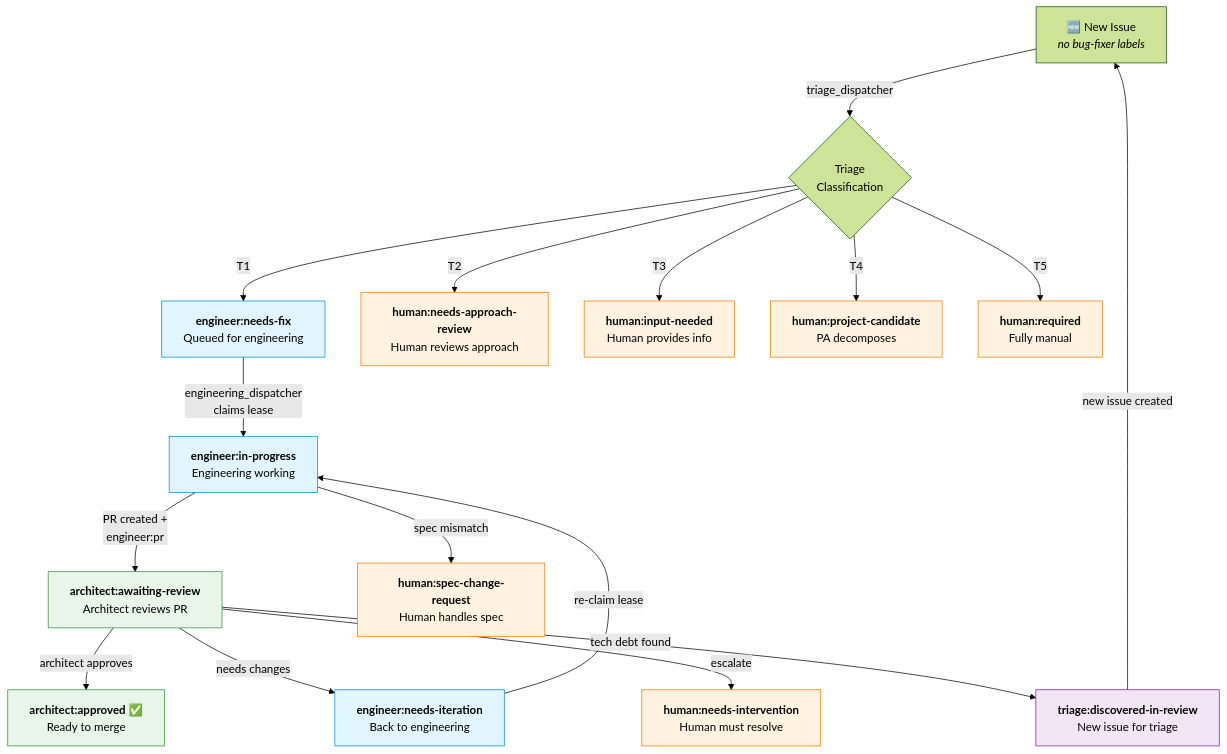
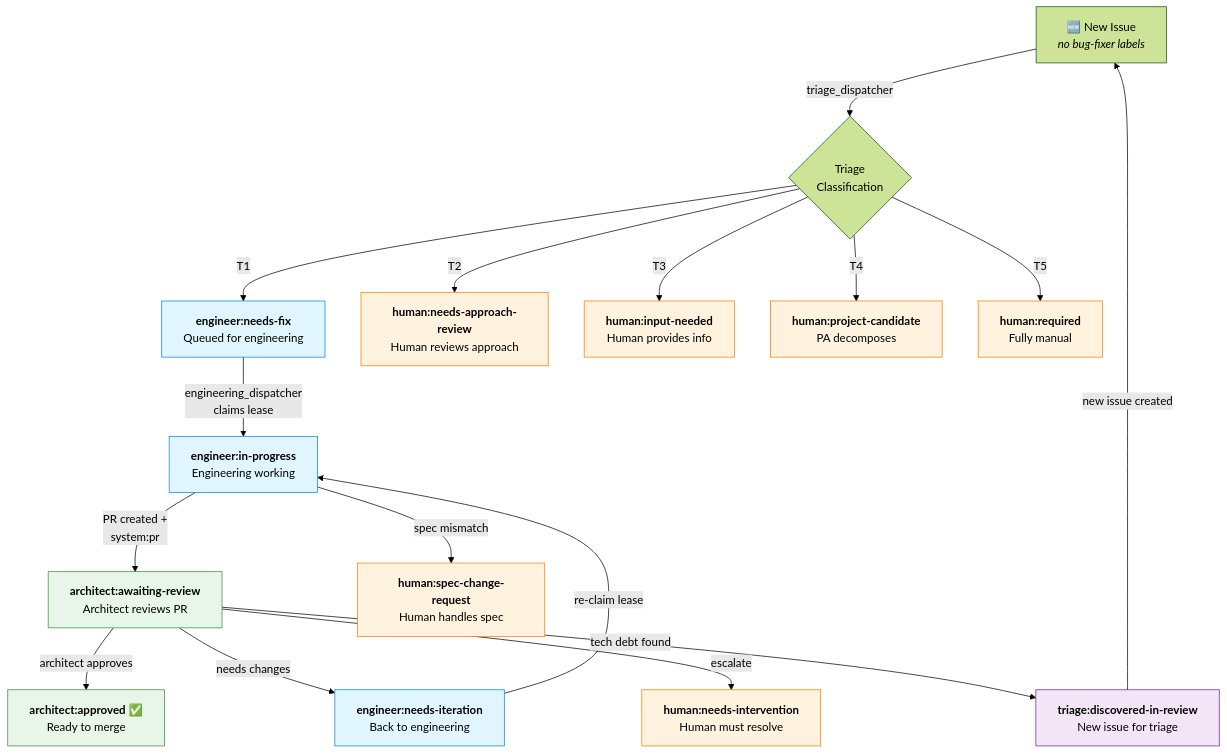
The third of 3 diagrams in docs/label-taxonomy.md (matthewmcneill/bug-fixer-loop-plugin), drawn with Mermaid (forest theme) before and after one commit. The commit also changed other lines of this file and 15 other files, not shown here.

Commit message:
[BugFixer] Fix #20: Rename engineer:pr to system:pr and add architect:awaiting-review lifecycle

````diff
--- a/docs/label-taxonomy.md
+++ b/docs/label-taxonomy.md
@@ -161,38 +161,38 @@
 ```mermaid
 flowchart TD
     NEW["🆕 New Issue<br/><i>no bug-fixer labels</i>"] -->|triage_dispatcher| CLASSIFY{"Triage<br/>Classification"}
 
     CLASSIFY -->|T1| ENQ["<b>engineer:needs-fix</b><br/>Queued for engineering"]
     CLASSIFY -->|T2| HAR["<b>human:needs-approach-review</b><br/>Human reviews approach"]
     CLASSIFY -->|T3| HIN["<b>human:input-needed</b><br/>Human provides info"]
     CLASSIFY -->|T4| HPC["<b>human:project-candidate</b><br/>PA decomposes"]
     CLASSIFY -->|T5| HRQ["<b>human:required</b><br/>Fully manual"]
 
     ENQ -->|"engineering_dispatcher<br/>claims lease"| EIP["<b>engineer:in-progress</b><br/>Engineering working"]
 
-    EIP -->|"PR created +<br/>engineer:pr"| AAR["<b>architect:awaiting-review</b><br/>Architect reviews PR"]
+    EIP -->|"PR created +<br/>system:pr"| AAR["<b>architect:awaiting-review</b><br/>Architect reviews PR"]
 
     EIP -->|"spec mismatch"| HSC["<b>human:spec-change-request</b><br/>Human handles spec"]
 
     AAR -->|architect approves| AAP["<b>architect:approved</b> ✅<br/>Ready to merge"]
     AAR -->|needs changes| ENI["<b>engineer:needs-iteration</b><br/>Back to engineering"]
     AAR -->|escalate| HNI["<b>human:needs-intervention</b><br/>Human must resolve"]
     AAR -->|"tech debt found"| TDR["<b>triage:discovered-in-review</b><br/>New issue for triage"]
 
     ENI -->|"re-claim lease"| EIP
 
     TDR -->|"new issue created"| NEW
 
     style ENQ fill:#e1f5fe,stroke:#0288d1
     style EIP fill:#e1f5fe,stroke:#0288d1
     style ENI fill:#e1f5fe,stroke:#0288d1
     style AAR fill:#e8f5e9,stroke:#388e3c
     style AAP fill:#e8f5e9,stroke:#388e3c
     style HAR fill:#fff3e0,stroke:#f57c00
     style HIN fill:#fff3e0,stroke:#f57c00
     style HPC fill:#fff3e0,stroke:#f57c00
     style HRQ fill:#fff3e0,stroke:#f57c00
     style HNI fill:#fff3e0,stroke:#f57c00
     style HSC fill:#fff3e0,stroke:#f57c00
     style TDR fill:#f3e5f5,stroke:#7b1fa2
 ```
````
